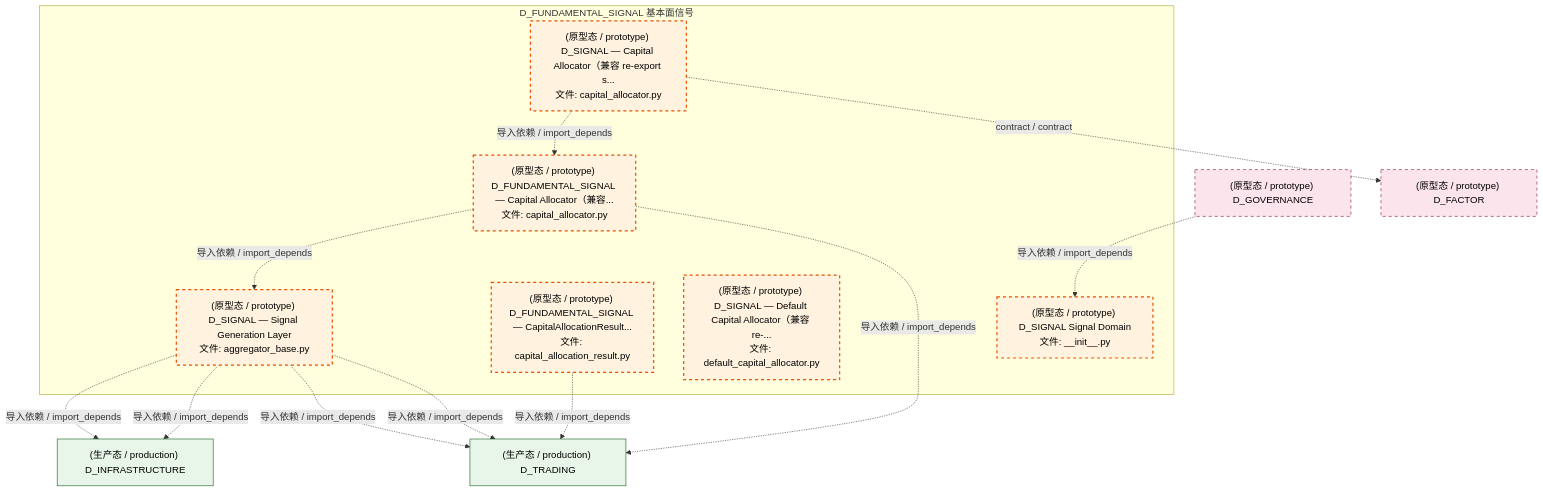
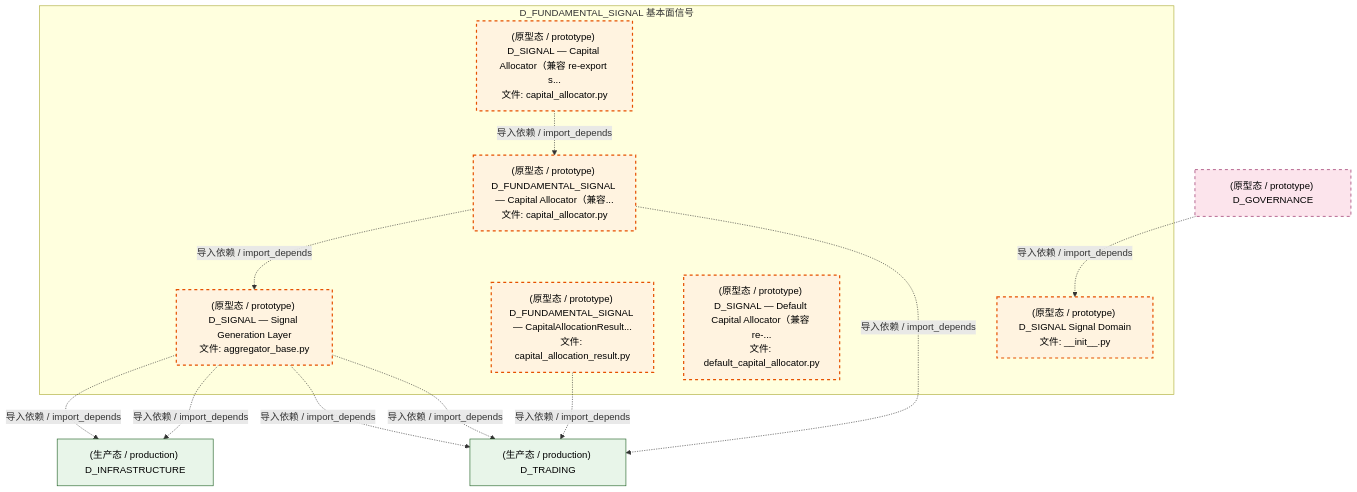
Before and after one commit to xuanFelixVan/ZephyrAlpha: the third of 4 diagrams in docs/02_enterprise_architecture/02_domain_architecture_docs/37_d_fundamental_signal.md, drawn with Mermaid. The commit also changed other lines of this file and 103 other files, not shown here.

````diff
--- a/docs/02_enterprise_architecture/02_domain_architecture_docs/37_d_fundamental_signal.md
+++ b/docs/02_enterprise_architecture/02_domain_architecture_docs/37_d_fundamental_signal.md
@@ -170,32 +171,30 @@
 ```mermaid
 graph TD
     subgraph D_FUNDAMENTAL_SIGNAL["D_FUNDAMENTAL_SIGNAL 基本面信号"]
         src_zephyr_signal_fundamental_init_py["(原型态 / prototype) D_SIGNAL Signal Domain<br/>文件: __init__.py"]
         src_zephyr_signal_fundamental_capital_capital_allocation_result_py["(原型态 / prototype) D_FUNDAMENTAL_SIGNAL — CapitalAllocationResult...<br/>文件: capital_allocation_result.py"]
         src_zephyr_signal_fundamental_capital_capital_allocator_py["(原型态 / prototype) D_SIGNAL — Capital Allocator（兼容 re-export s...<br/>文件: capital_allocator.py"]
         src_zephyr_signal_fundamental_capital_default_capital_allocator_py["(原型态 / prototype) D_SIGNAL — Default Capital Allocator（兼容 re-...<br/>文件: default_capital_allocator.py"]
         src_zephyr_signal_fundamental_gen_aggregator_base_py["(原型态 / prototype) D_SIGNAL — Signal Generation Layer<br/>文件: aggregator_base.py"]
         src_zephyr_signal_fundamental_strategy_capital_allocator_py["(原型态 / prototype) D_FUNDAMENTAL_SIGNAL — Capital Allocator（兼容...<br/>文件: capital_allocator.py"]
     end
     src_zephyr_signal_fundamental_capital_capital_allocator_py -.->|导入依赖 / import_depends| src_zephyr_signal_fundamental_strategy_capital_allocator_py
     src_zephyr_signal_fundamental_strategy_capital_allocator_py -.->|导入依赖 / import_depends| src_zephyr_signal_fundamental_gen_aggregator_base_py
-    D_FACTOR["(原型态 / prototype) D_FACTOR"]
-    src_zephyr_signal_fundamental_capital_capital_allocator_py -.->|contract / contract| D_FACTOR
     D_TRADING["(生产态 / production) D_TRADING"]
     src_zephyr_signal_fundamental_capital_capital_allocation_result_py -.->|导入依赖 / import_depends| D_TRADING
     D_INFRASTRUCTURE["(生产态 / production) D_INFRASTRUCTURE"]
     src_zephyr_signal_fundamental_gen_aggregator_base_py -.->|导入依赖 / import_depends| D_INFRASTRUCTURE
     src_zephyr_signal_fundamental_gen_aggregator_base_py -.->|导入依赖 / import_depends| D_INFRASTRUCTURE
     src_zephyr_signal_fundamental_gen_aggregator_base_py -.->|导入依赖 / import_depends| D_TRADING
     src_zephyr_signal_fundamental_gen_aggregator_base_py -.->|导入依赖 / import_depends| D_TRADING
     src_zephyr_signal_fundamental_strategy_capital_allocator_py -.->|导入依赖 / import_depends| D_TRADING
     D_GOVERNANCE["(原型态 / prototype) D_GOVERNANCE"]
     D_GOVERNANCE -.->|导入依赖 / import_depends| src_zephyr_signal_fundamental_init_py
     classDef production fill:#e1f5fe,stroke:#01579b,stroke-width:2px,color:#000
     classDef design fill:#fff3e0,stroke:#e65100,stroke-width:2px,color:#000,stroke-dasharray: 5 5
     classDef external_prod fill:#e8f5e9,stroke:#1b5e20,stroke-width:1px,color:#000
     classDef external_design fill:#fce4ec,stroke:#880e4f,stroke-width:1px,color:#000,stroke-dasharray: 5 5
     class src_zephyr_signal_fundamental_init_py,src_zephyr_signal_fundamental_capital_capital_allocation_result_py,src_zephyr_signal_fundamental_capital_capital_allocator_py,src_zephyr_signal_fundamental_capital_default_capital_allocator_py,src_zephyr_signal_fundamental_gen_aggregator_base_py,src_zephyr_signal_fundamental_strategy_capital_allocator_py design
     class D_TRADING,D_INFRASTRUCTURE external_prod
-    class D_FACTOR,D_GOVERNANCE external_design
+    class D_GOVERNANCE external_design
 ```
````
